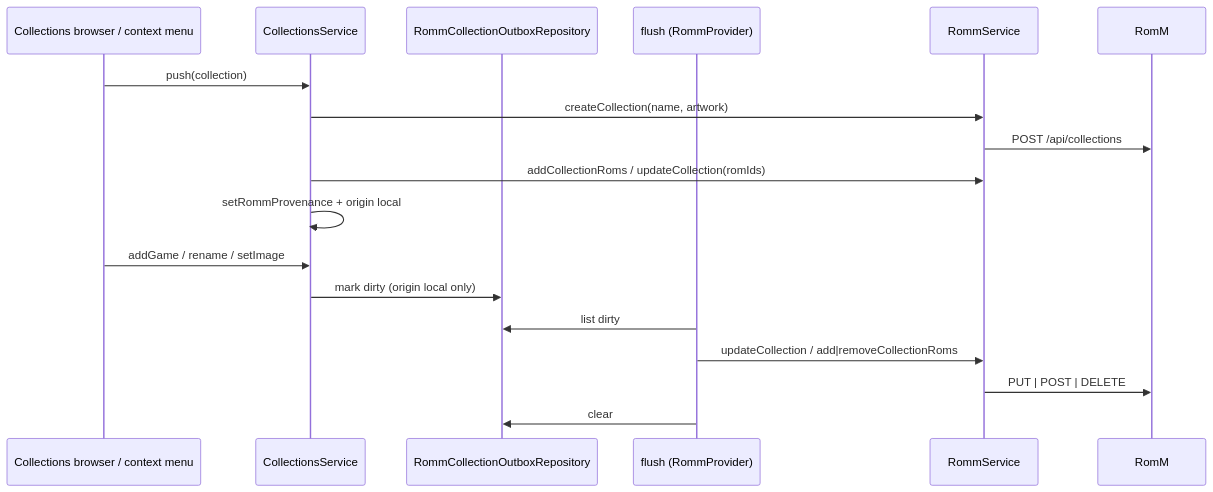
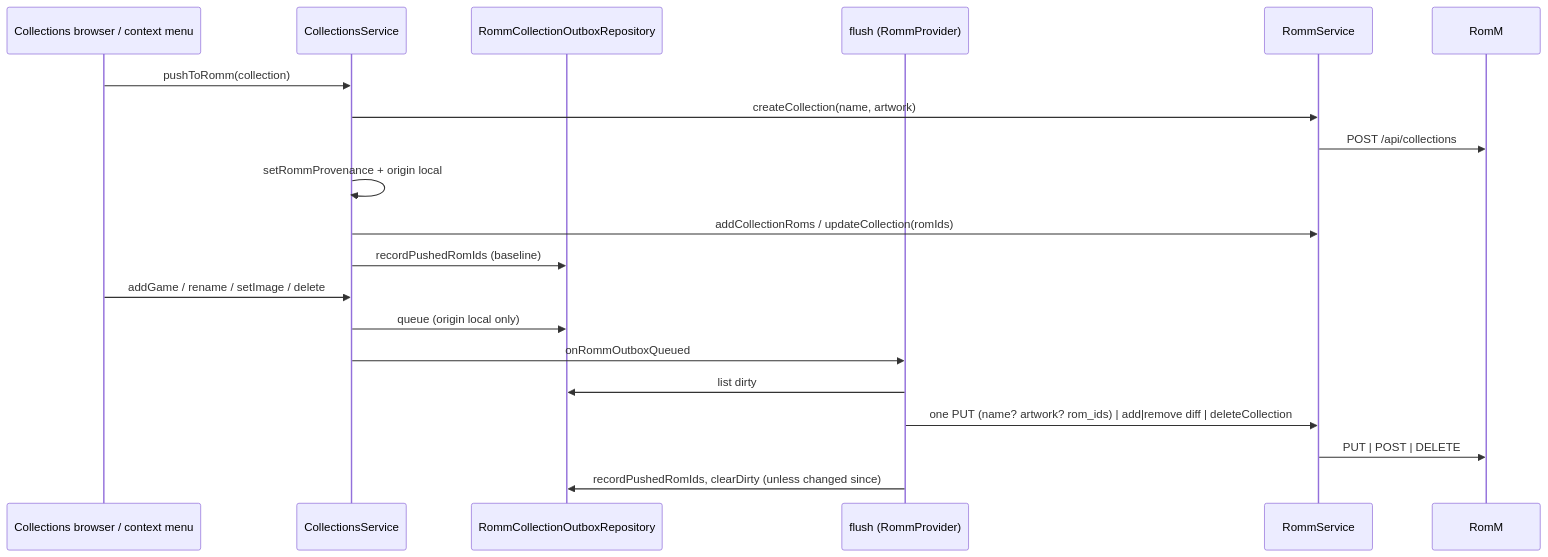
Before and after one commit to jonstump/neostation-frontend: the diagram in sdd/specs/romm-collections-push/design.md, drawn with Mermaid. The commit also changed other lines of this file and 7 other files, not shown here.

````diff
--- a/sdd/specs/romm-collections-push/design.md
+++ b/sdd/specs/romm-collections-push/design.md
@@ -38,21 +38,23 @@
 ```mermaid
 sequenceDiagram
     participant UI as Collections browser / context menu
     participant CS as CollectionsService
     participant O as RommCollectionOutboxRepository
     participant F as flush (RommProvider)
     participant S as RommService
     participant R as RomM
 
-    UI->>CS: push(collection)
+    UI->>CS: pushToRomm(collection)
     CS->>S: createCollection(name, artwork)
     S->>R: POST /api/collections
+    CS->>CS: setRommProvenance + origin local
     CS->>S: addCollectionRoms / updateCollection(romIds)
-    CS->>CS: setRommProvenance + origin local
-    UI->>CS: addGame / rename / setImage
-    CS->>O: mark dirty (origin local only)
+    CS->>O: recordPushedRomIds (baseline)
+    UI->>CS: addGame / rename / setImage / delete
+    CS->>O: queue (origin local only)
+    CS->>F: onRommOutboxQueued
     F->>O: list dirty
-    F->>S: updateCollection / add|removeCollectionRoms
+    F->>S: one PUT (name? artwork? rom_ids) | add|remove diff | deleteCollection
     S->>R: PUT | POST | DELETE
-    F->>O: clear
+    F->>O: recordPushedRomIds, clearDirty (unless changed since)
 ```
````
